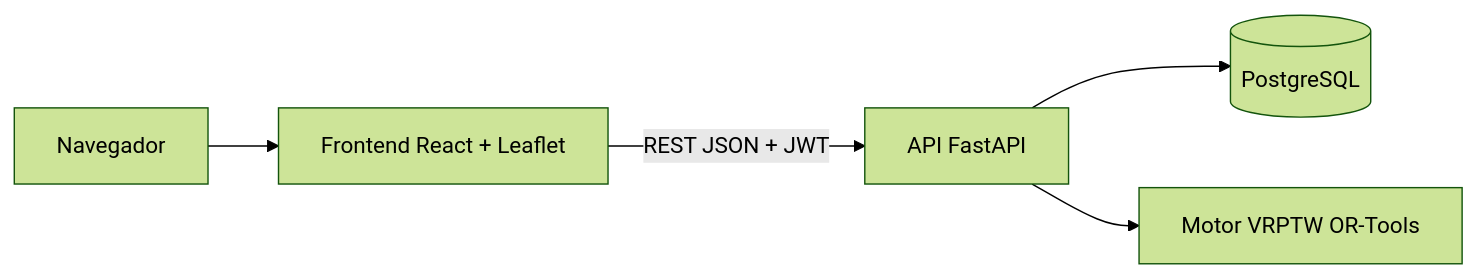
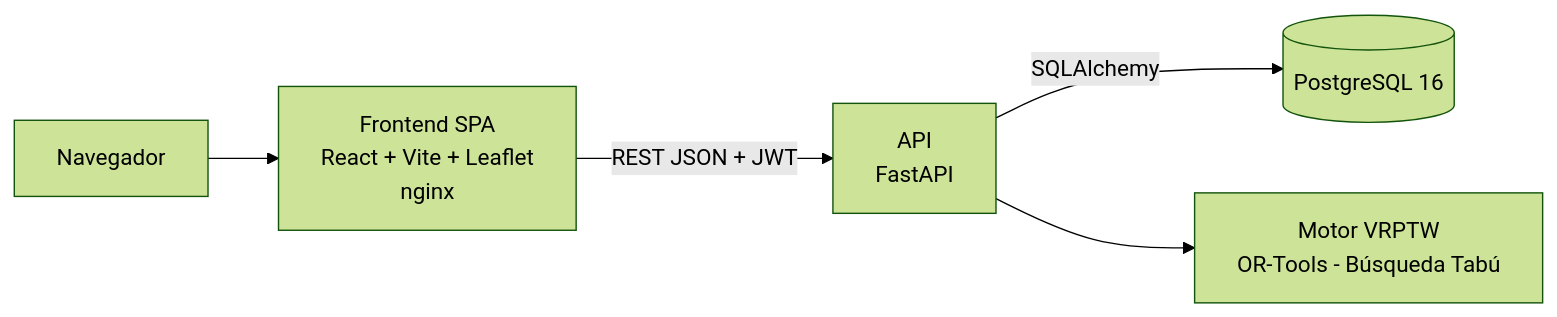
One commit to FernandoR0/ecologistica changed the second of 3 diagrams in docs/01 Inicio/12. Modelo C4 V_1_0_0.md. Above: the diagram before and after it, drawn with Mermaid (forest theme). The commit also changed other lines of this file and 51 other files, not shown here.

````diff
--- a/docs/01 Inicio/12. Modelo C4 V_1_0_0.md
+++ b/docs/01 Inicio/12. Modelo C4 V_1_0_0.md
@@ -27,7 +27,7 @@
 ```mermaid
 flowchart LR
-  U[Navegador] --> F[Frontend React + Leaflet]
-  F -->|REST JSON + JWT| B[API FastAPI]
-  B --> D[(PostgreSQL)]
-  B --> M[Motor VRPTW OR-Tools]
+  U[Navegador] --> F[Frontend SPA<br/>React + Vite + Leaflet<br/>nginx]
+  F -->|REST JSON + JWT| B[API<br/>FastAPI]
+  B -->|SQLAlchemy| D[(PostgreSQL 16)]
+  B --> M[Motor VRPTW<br/>OR-Tools - Búsqueda Tabú]
 ```
````
